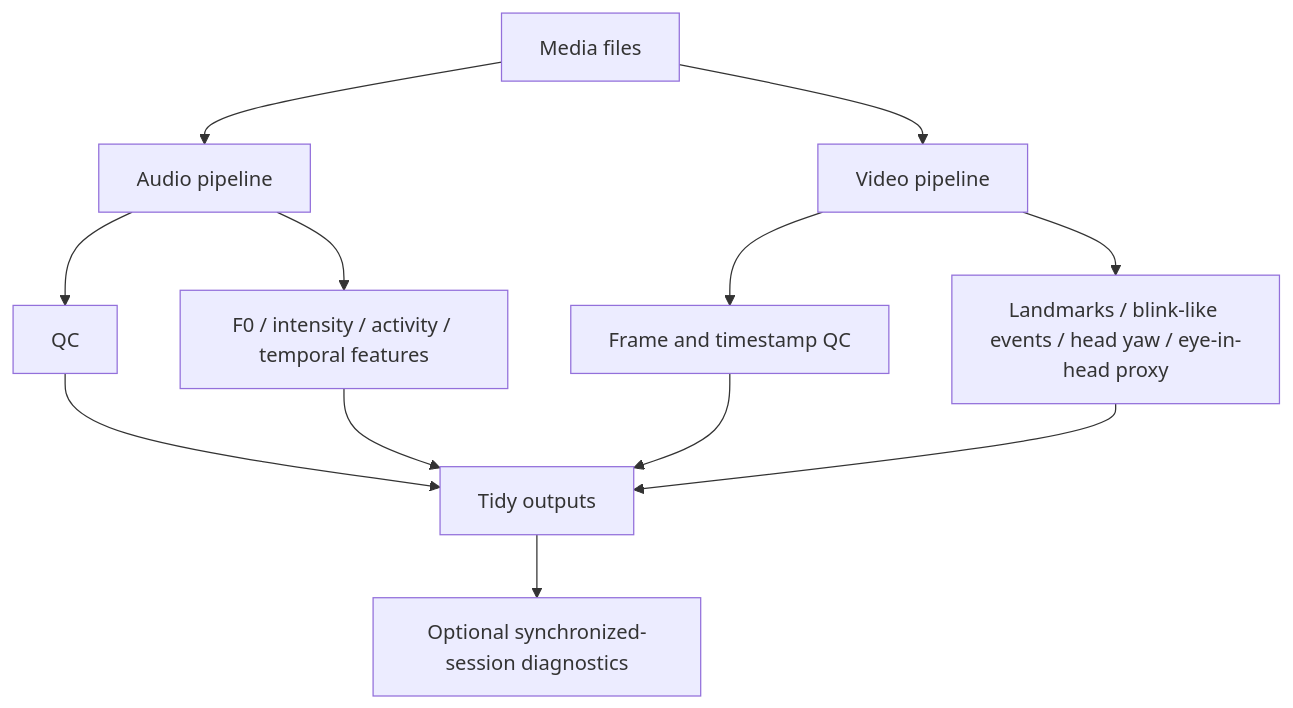
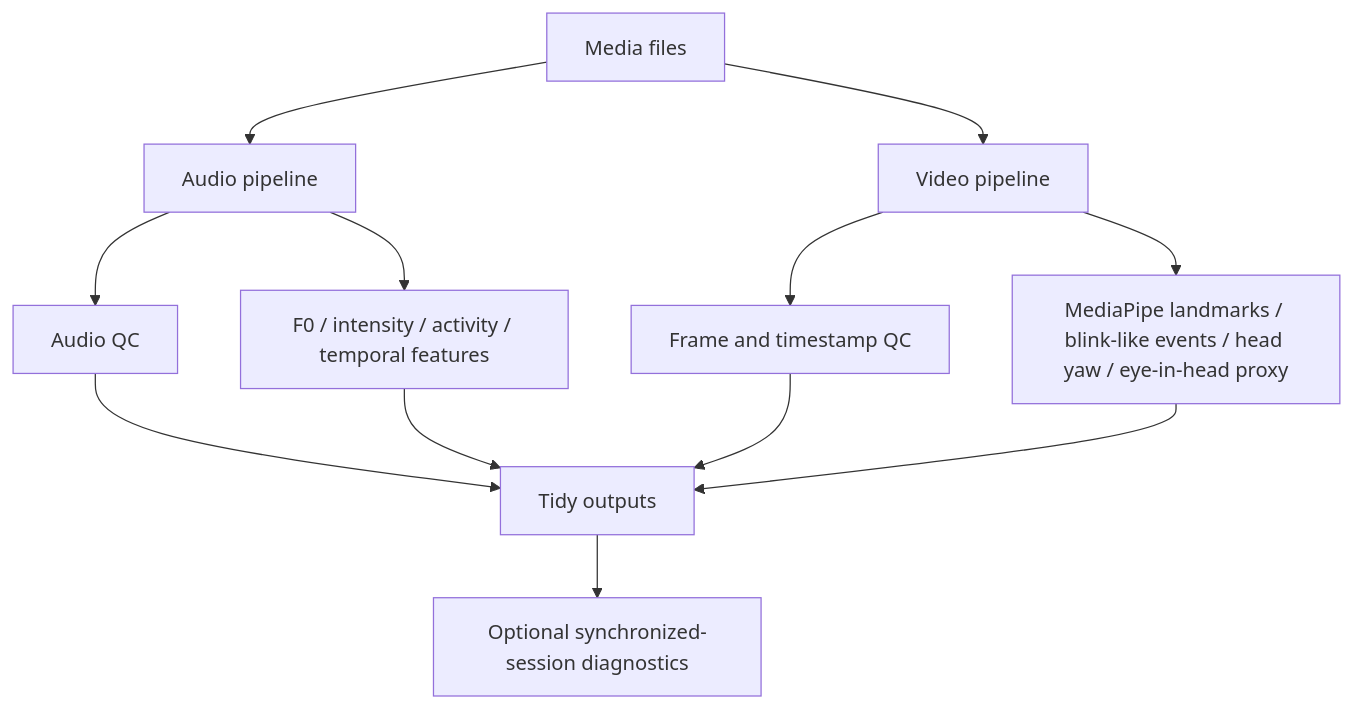
One commit to abrar0205/multimodal-audio-video-signal-analysis changed the diagram in README.md. Above: the diagram before and after it, drawn with Mermaid. The commit also changed other lines of this file and 13 other files, not shown here.

````diff
--- a/README.md
+++ b/README.md
@@ -44,14 +45,14 @@
 ```mermaid
 flowchart TD
     A[Media files] --> B[Audio pipeline]
     A --> C[Video pipeline]
-    B --> D[QC]
+    B --> D[Audio QC]
     B --> E[F0 / intensity / activity / temporal features]
     C --> F[Frame and timestamp QC]
-    C --> G[Landmarks / blink-like events / head yaw / eye-in-head proxy]
+    C --> G[MediaPipe landmarks / blink-like events / head yaw / eye-in-head proxy]
     D --> H[Tidy outputs]
     E --> H
     F --> H
     G --> H
     H --> I[Optional synchronized-session diagnostics]
 ```
````
